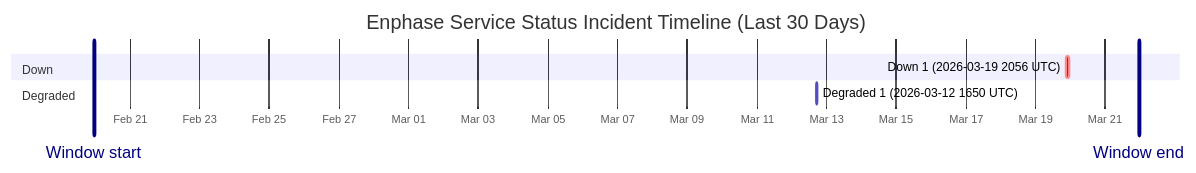
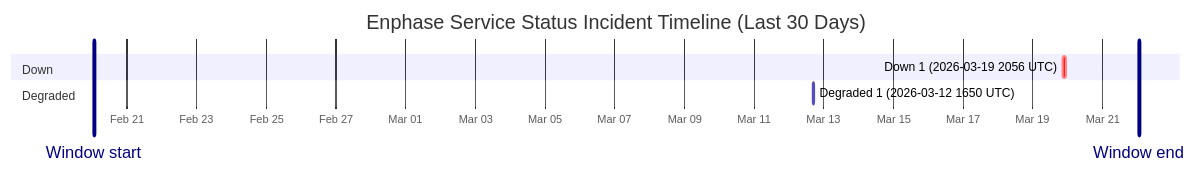
One commit to barneyonline/ha-enphase-ev-charger changed the diagram in wiki/Service-Status-History.md. Above: the diagram before and after it, drawn with Mermaid. The commit also changed other lines of this file and 3 other files, not shown here.

````diff
--- a/wiki/Service-Status-History.md
+++ b/wiki/Service-Status-History.md
@@ -14,12 +14,12 @@
 ```mermaid
 gantt
     title Enphase Service Status Incident Timeline (Last 30 Days)
     dateFormat  YYYY-MM-DDTHH:mm:ss
     axisFormat  %b %d
-    Window start :vert, window-start, 2026-02-19T23:16:12, 0ms
-    Window end :vert, window-end, 2026-03-21T23:16:12, 0ms
+    Window start :vert, window-start, 2026-02-20T01:19:07, 0ms
+    Window end :vert, window-end, 2026-03-22T01:19:07, 0ms
     section Down
     Down 1 (2026-03-19 2056 UTC) :crit, down-1, 2026-03-19T20:56:20, 145m
     section Degraded
     Degraded 1 (2026-03-12 1650 UTC) :active, degraded-1, 2026-03-12T16:50:43, 60m
 ```
````
